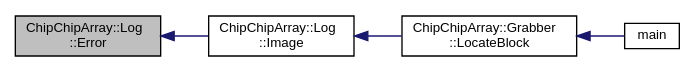
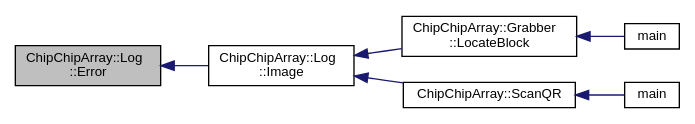
One commit to sawbg/chip-chip-array changed the diagram in doc/rtf/classChipChipArray_1_1Log_aba7b7b0555f49f4dcf15f4b9fd3e6b34_icgraph.dot. Above: the diagram before and after it, drawn with Graphviz. The commit also changed 236 other files, not shown here.

```diff
--- a/doc/rtf/classChipChipArray_1_1Log_aba7b7b0555f49f4dcf15f4b9fd3e6b34_icgraph.dot
+++ b/doc/rtf/classChipChipArray_1_1Log_aba7b7b0555f49f4dcf15f4b9fd3e6b34_icgraph.dot
@@ -1,13 +1,17 @@
 digraph "ChipChipArray::Log::Error"
 {
   edge [fontname="Helvetica",fontsize="10",labelfontname="Helvetica",labelfontsize="10"];
   node [fontname="Helvetica",fontsize="10",shape=record];
   rankdir="LR";
   Node1 [label="ChipChipArray::Log\l::Error",height=0.2,width=0.4,color="black", fillcolor="grey75", style="filled", fontcolor="black"];
   Node1 -> Node2 [dir="back",color="midnightblue",fontsize="10",style="solid",fontname="Helvetica"];
   Node2 [label="ChipChipArray::Log\l::Image",height=0.2,width=0.4,color="black", fillcolor="white", style="filled",URL="$classChipChipArray_1_1Log.html#a65bbab057c8b1453f9e4efcfee7522c4"];
   Node2 -> Node3 [dir="back",color="midnightblue",fontsize="10",style="solid",fontname="Helvetica"];
   Node3 [label="ChipChipArray::Grabber\l::LocateBlock",height=0.2,width=0.4,color="black", fillcolor="white", style="filled",URL="$classChipChipArray_1_1Grabber.html#a86bc18ecf71c7ff4e324df0467af124a"];
   Node3 -> Node4 [dir="back",color="midnightblue",fontsize="10",style="solid",fontname="Helvetica"];
   Node4 [label="main",height=0.2,width=0.4,color="black", fillcolor="white", style="filled",URL="$cv__test_8cpp.html#ae66f6b31b5ad750f1fe042a706a4e3d4"];
+  Node2 -> Node5 [dir="back",color="midnightblue",fontsize="10",style="solid",fontname="Helvetica"];
+  Node5 [label="ChipChipArray::ScanQR",height=0.2,width=0.4,color="black", fillcolor="white", style="filled",URL="$namespaceChipChipArray.html#a6c7465049b5d408e1a238b6d8ffa887d"];
+  Node5 -> Node6 [dir="back",color="midnightblue",fontsize="10",style="solid",fontname="Helvetica"];
+  Node6 [label="main",height=0.2,width=0.4,color="black", fillcolor="white", style="filled",URL="$qr__test_8cpp.html#ae66f6b31b5ad750f1fe042a706a4e3d4"];
 }
```
